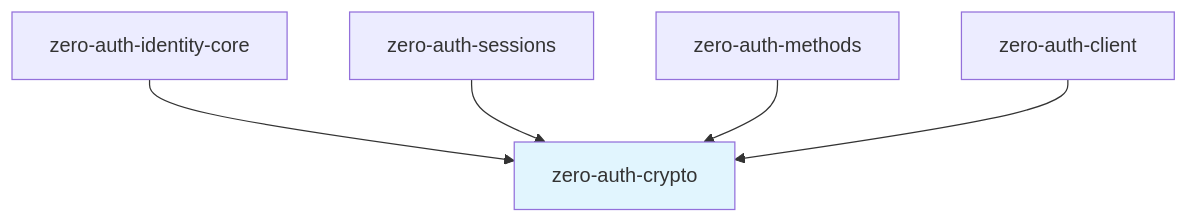
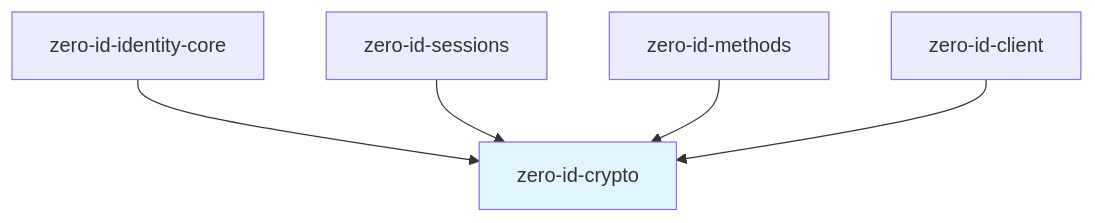
One commit to cypher-asi/zero-auth changed the first of 6 diagrams in docs/spec/v0.1/01-crypto.md. Above: the diagram before and after it, drawn with Mermaid. The commit also changed other lines of this file and 235 other files, not shown here.

Commit message:
refactor: rename zero-auth to zero-id across codebase

````diff
--- a/docs/spec/v0.1/01-crypto.md
+++ b/docs/spec/v0.1/01-crypto.md
@@ -26,11 +26,11 @@
 ```mermaid
 graph TD
-    CRYPTO[zero-auth-crypto]
+    CRYPTO[zero-id-crypto]
     
-    IDENTITY[zero-auth-identity-core] --> CRYPTO
-    SESSIONS[zero-auth-sessions] --> CRYPTO
-    METHODS[zero-auth-methods] --> CRYPTO
-    CLIENT[zero-auth-client] --> CRYPTO
+    IDENTITY[zero-id-identity-core] --> CRYPTO
+    SESSIONS[zero-id-sessions] --> CRYPTO
+    METHODS[zero-id-methods] --> CRYPTO
+    CLIENT[zero-id-client] --> CRYPTO
     
     style CRYPTO fill:#e1f5fe
 ```
````
